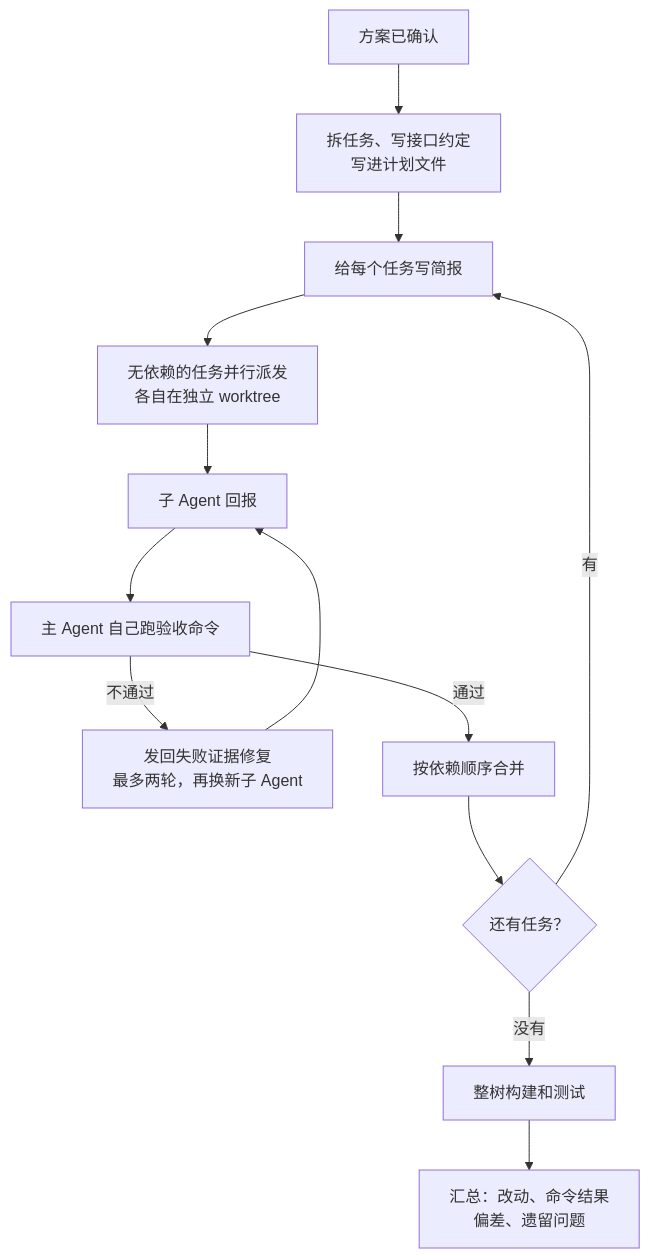
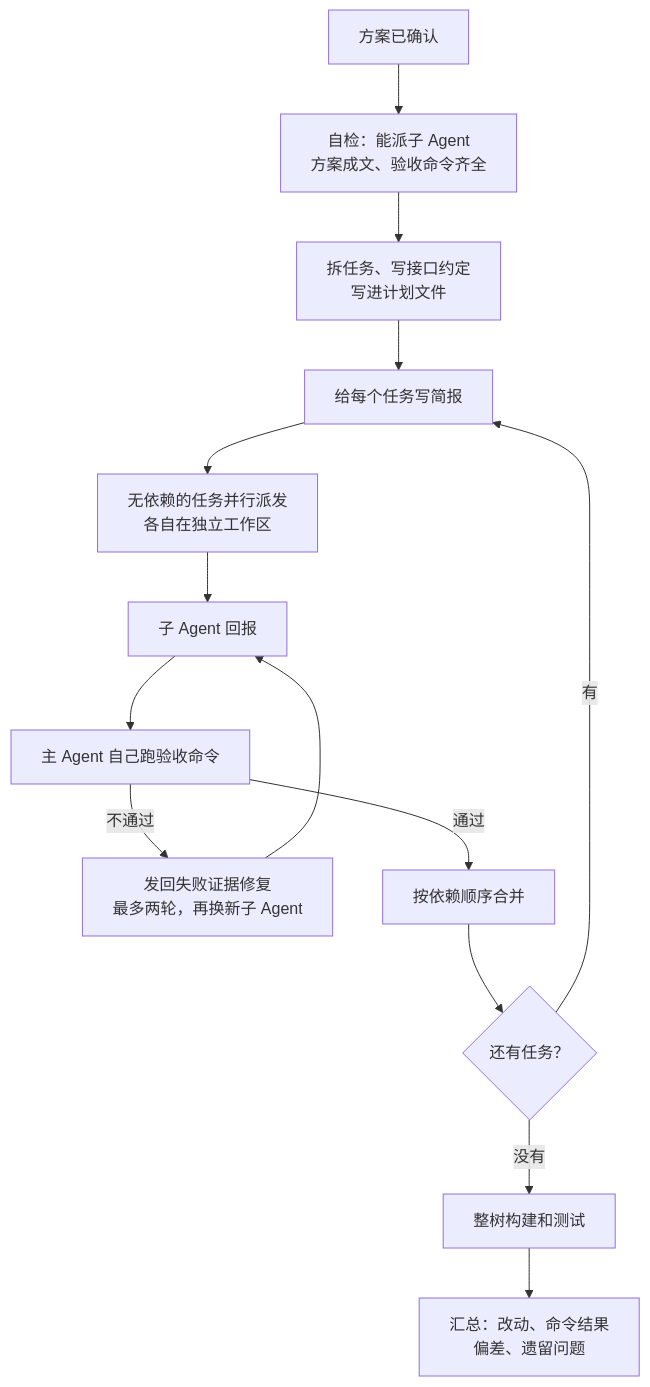
The diagram in _posts/2026-11-05-subagent-delegation-prompt.md (redwolf2019/redwolf2019.github.io), drawn with Mermaid before and after one commit. The commit also changed other lines of this file, not shown here.

First line of the commit message:
docs: 子 Agent 执行提示词改成通用版，合并为一个可复制代码块

````diff
--- a/_posts/2026-11-05-subagent-delegation-prompt.md
+++ b/_posts/2026-11-05-subagent-delegation-prompt.md
@@ -36,15 +126,16 @@
 ```mermaid
 flowchart TD
-    A["方案已确认"] --> B["拆任务、写接口约定<br/>写进计划文件"]
+    A["方案已确认"] --> S["自检：能派子 Agent<br/>方案成文、验收命令齐全"]
+    S --> B["拆任务、写接口约定<br/>写进计划文件"]
     B --> C["给每个任务写简报"]
-    C --> D["无依赖的任务并行派发<br/>各自在独立 worktree"]
+    C --> D["无依赖的任务并行派发<br/>各自在独立工作区"]
     D --> E["子 Agent 回报"]
     E --> F["主 Agent 自己跑验收命令"]
     F -->|不通过| G["发回失败证据修复<br/>最多两轮，再换新子 Agent"]
     G --> E
     F -->|通过| H["按依赖顺序合并"]
     H --> I{"还有任务？"}
     I -->|有| C
     I -->|没有| J["整树构建和测试"]
     J --> K["汇总：改动、命令结果<br/>偏差、遗留问题"]
 ```
````
